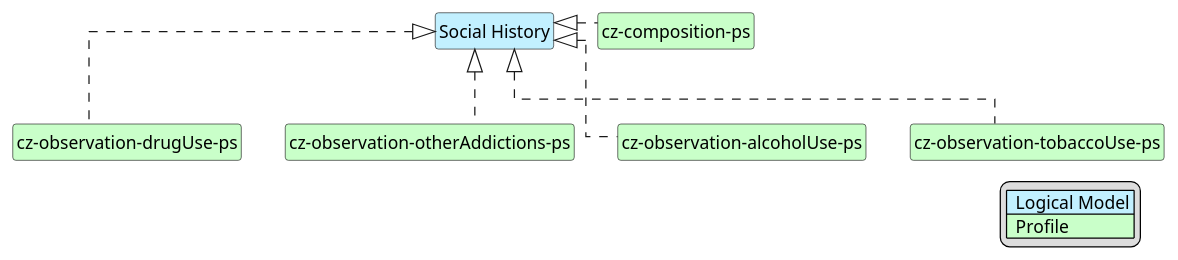
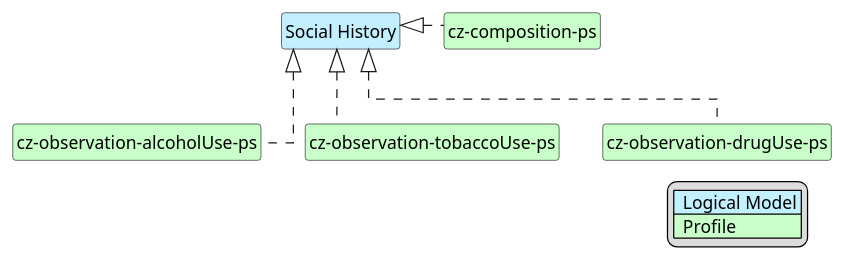
Before and after one commit to HL7-cz/ps: the diagram in input/images-source/PS_SocialHistory-map.plantuml, drawn with PlantUML. The commit also changed 1 other file, not shown here.

```diff
--- a/input/images-source/PS_SocialHistory-map.plantuml
+++ b/input/images-source/PS_SocialHistory-map.plantuml
@@ -1,39 +1,36 @@
 @startuml PS_SocialHistory-map
 hide circle
 hide stereotype
 hide members
 hide methods
 skinparam linetype ortho
 skinparam class {
 BackgroundColor<<LogicalModel>> #APPLICATION
 BackgroundColor<<Profile>> #TECHNOLOGY
 }
 legend right
 | <#APPLICATION>  Logical Model |
 | <#TECHNOLOGY>  Profile |
 endlegend
 class "Social History" <<LogicalModel>> [[StructureDefinition-LogSocialHistoryCzEn.html]]
 ' note top #PaleTurquoise [[ConceptMap-socialHistory2FHIR-cz-ps.html]]
 ' Concept Map
 ' endnote
 ' --- Profiles mapping Alerts ---
 class "cz-composition-ps" <<Profile>> [[StructureDefinition-cz-composition-ps.html]]
 class "cz-observation-alcoholUse-ps" <<Profile>> [[StructureDefinition-cz-observation-alcoholUse-ps.html]]
 class "cz-observation-tobaccoUse-ps" <<Profile>> [[StructureDefinition-cz-observation-tobaccoUse-ps.html]]
 class "cz-observation-drugUse-ps" <<Profile>> [[StructureDefinition-cz-observation-drugUse-ps.html]]
-class "cz-observation-otherAddictions-ps" <<Profile>> [[StructureDefinition-cz-observation-otherAddictions-ps.html]]
 
 ' --- Realization links ---
 "Social History" <|. "cz-composition-ps"
 "Social History" <|. "cz-observation-alcoholUse-ps"
 "Social History" <|. "cz-observation-tobaccoUse-ps"
 "Social History" <|. "cz-observation-drugUse-ps"
-"Social History" <|. "cz-observation-otherAddictions-ps"
 
 ' ' (volitelné – skryté vazby jen pro rozložení v diagramu)
 "Social History" -d[hidden]-> "cz-composition-ps"
 "cz-composition-ps" -d[hidden]-> "cz-observation-alcoholUse-ps"
 "cz-composition-ps" -d[hidden]-> "cz-observation-tobaccoUse-ps"
 "cz-composition-ps" -d[hidden]-> "cz-observation-drugUse-ps"
-"cz-composition-ps" -d[hidden]-> "cz-observation-otherAddictions-ps"
 @enduml
```
